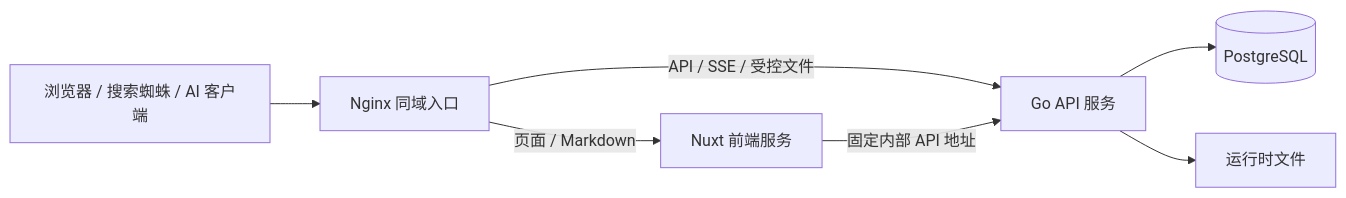
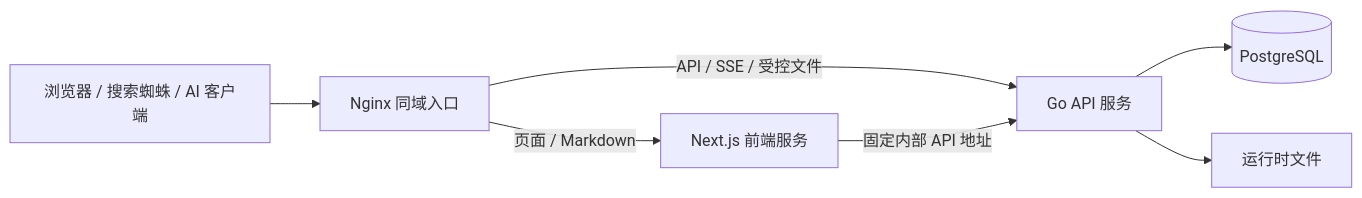
Before and after one commit to QAQ000000/bbs: the diagram in docs/FRONTEND_BACKEND_SEPARATION.md, drawn with Mermaid. The commit also changed other lines of this file and 296 other files, not shown here.

````diff
--- a/docs/FRONTEND_BACKEND_SEPARATION.md
+++ b/docs/FRONTEND_BACKEND_SEPARATION.md
@@ -79,9 +85,9 @@
 ```mermaid
 flowchart LR
     B[浏览器 / 搜索蜘蛛 / AI 客户端] --> N[Nginx 同域入口]
-    N -->|页面 / Markdown| F[Nuxt 前端服务]
+    N -->|页面 / Markdown| F[Next.js 前端服务]
     N -->|API / SSE / 受控文件| G[Go API 服务]
     F -->|固定内部 API 地址| G
     G --> D[(PostgreSQL)]
     G --> U[运行时文件]
 ```
````
